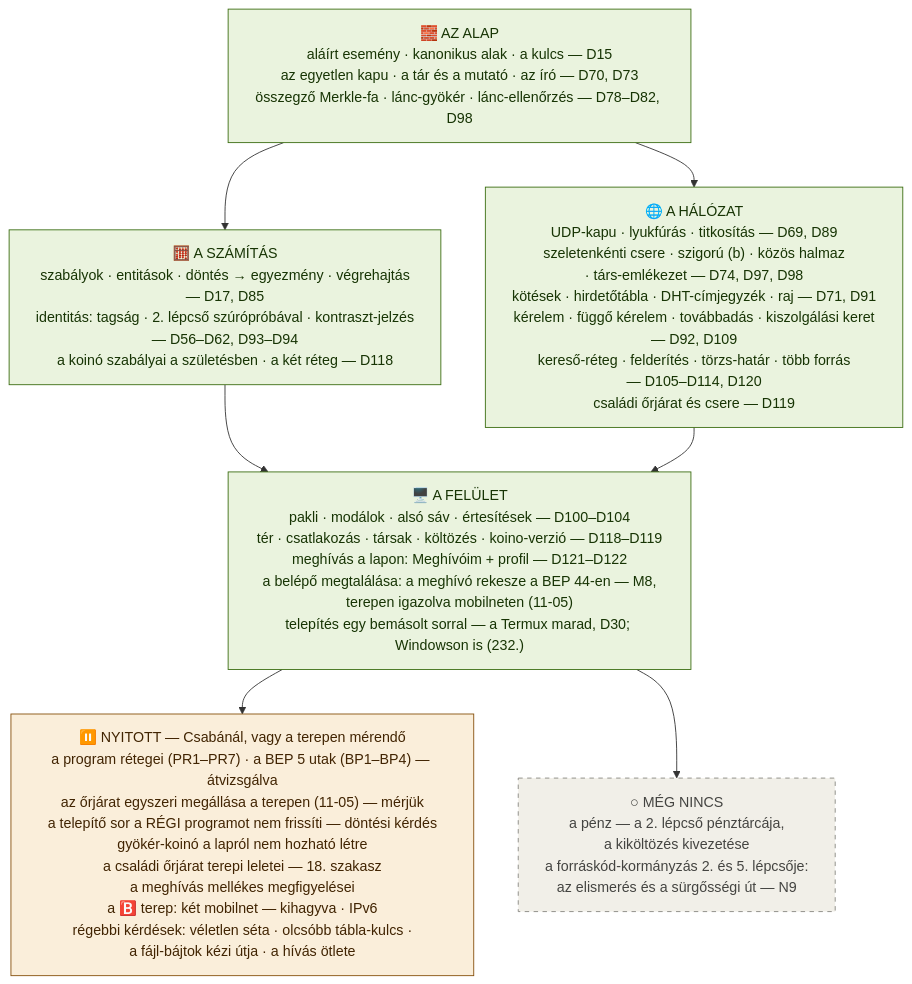
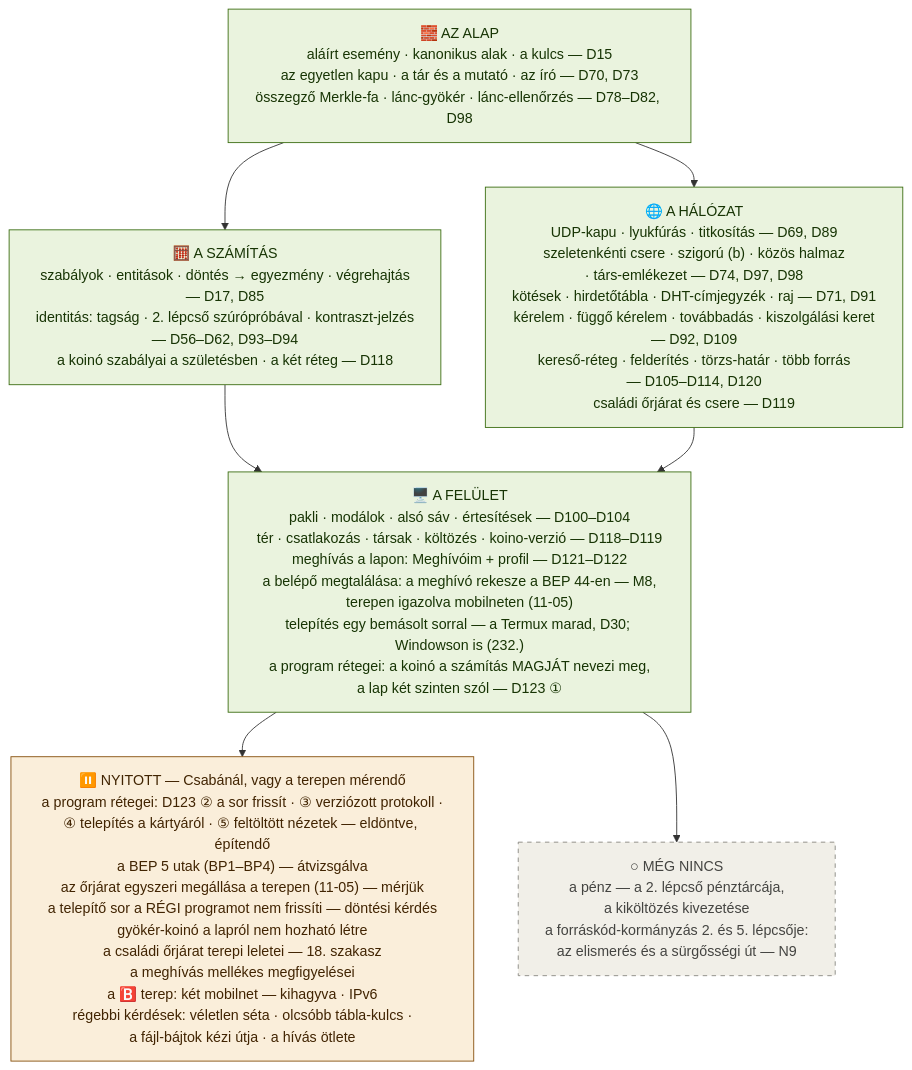
The eighth of 8 diagrams in docs/folyamatabra.md (Biszt/koino_1.1), drawn with Mermaid before and after one commit. The commit also changed other lines of this file and 16 other files, not shown here.

First line of the commit message:
D123 ①: a koinó a számítás MAGJÁT nevezi meg, és a lap két szinten szól (PR1–PR3)

````diff
--- a/docs/folyamatabra.md
+++ b/docs/folyamatabra.md
@@ -374,23 +374,23 @@
 ```mermaid
 %%{init: {"flowchart": {"wrappingWidth": 460}}}%%
 flowchart TB
     ALAP["🧱 AZ ALAP<br/>aláírt esemény · kanonikus alak · a kulcs — D15<br/>az egyetlen kapu · a tár és a mutató · az író — D70, D73<br/>összegző Merkle-fa · lánc-gyökér · lánc-ellenőrzés — D78–D82, D98"]
     SZAM["🧮 A SZÁMÍTÁS<br/>szabályok · entitások · döntés → egyezmény · végrehajtás<br/>— D17, D85<br/>identitás: tagság · 2. lépcső szúrópróbával · kontraszt-jelzés<br/>— D56–D62, D93–D94<br/>a koinó szabályai a születésben · a két réteg — D118"]
     HAL["🌐 A HÁLÓZAT<br/>UDP-kapu · lyukfúrás · titkosítás — D69, D89<br/>szeletenkénti csere · szigorú (b) · közös halmaz<br/>· társ-emlékezet — D74, D97, D98<br/>kötések · hirdetőtábla · DHT-címjegyzék · raj — D71, D91<br/>kérelem · függő kérelem · továbbadás · kiszolgálási keret<br/>— D92, D109<br/>kereső-réteg · felderítés · törzs-határ · több forrás<br/>— D105–D114, D120<br/>családi őrjárat és csere — D119"]
-    FEL["🖥️ A FELÜLET<br/>pakli · modálok · alsó sáv · értesítések — D100–D104<br/>tér · csatlakozás · társak · költözés · koino-verzió — D118–D119<br/>meghívás a lapon: Meghívóim + profil — D121–D122<br/>a belépő megtalálása: a meghívó rekesze a BEP 44-en — M8,<br/>terepen igazolva mobilneten (11-05)<br/>telepítés egy bemásolt sorral — a Termux marad, D30; Windowson is (232.)"]
-    NY["⏸️ NYITOTT — Csabánál, vagy a terepen mérendő<br/>a program rétegei (PR1–PR7) · a BEP 5 utak (BP1–BP4) — átvizsgálva<br/>az őrjárat egyszeri megállása a terepen (11-05) — mérjük<br/>a telepítő sor a RÉGI programot nem frissíti — döntési kérdés<br/>gyökér-koinó a lapról nem hozható létre<br/>a családi őrjárat terepi leletei — 18. szakasz<br/>a meghívás mellékes megfigyelései<br/>a 🅱️ terep: két mobilnet — kihagyva · IPv6<br/>régebbi kérdések: véletlen séta · olcsóbb tábla-kulcs ·<br/>a fájl-bájtok kézi útja · a hívás ötlete"]
+    FEL["🖥️ A FELÜLET<br/>pakli · modálok · alsó sáv · értesítések — D100–D104<br/>tér · csatlakozás · társak · költözés · koino-verzió — D118–D119<br/>meghívás a lapon: Meghívóim + profil — D121–D122<br/>a belépő megtalálása: a meghívó rekesze a BEP 44-en — M8,<br/>terepen igazolva mobilneten (11-05)<br/>telepítés egy bemásolt sorral — a Termux marad, D30; Windowson is (232.)<br/>a program rétegei: a koinó a számítás MAGJÁT nevezi meg,<br/>a lap két szinten szól — D123 ①"]
+    NY["⏸️ NYITOTT — Csabánál, vagy a terepen mérendő<br/>a program rétegei: D123 ② a sor frissít · ③ verziózott protokoll ·<br/>④ telepítés a kártyáról · ⑤ feltöltött nézetek — eldöntve, építendő<br/>a BEP 5 utak (BP1–BP4) — átvizsgálva<br/>az őrjárat egyszeri megállása a terepen (11-05) — mérjük<br/>a telepítő sor a RÉGI programot nem frissíti — döntési kérdés<br/>gyökér-koinó a lapról nem hozható létre<br/>a családi őrjárat terepi leletei — 18. szakasz<br/>a meghívás mellékes megfigyelései<br/>a 🅱️ terep: két mobilnet — kihagyva · IPv6<br/>régebbi kérdések: véletlen séta · olcsóbb tábla-kulcs ·<br/>a fájl-bájtok kézi útja · a hívás ötlete"]
     NI["○ MÉG NINCS<br/>a pénz — a 2. lépcső pénztárcája,<br/>a kiköltözés kivezetése<br/>a forráskód-kormányzás 2. és 5. lépcsője:<br/>az elismerés és a sürgősségi út — N9"]
     ALAP --> SZAM
     ALAP --> HAL
     SZAM --> FEL
     HAL --> FEL
     FEL --> NY
     FEL --> NI
 
     classDef kesz fill:#EAF3DE,stroke:#3B6D11,color:#173404
     classDef nyitott fill:#FAEEDA,stroke:#854F0B,color:#412402
     classDef nincs fill:#F1EFE8,stroke:#888780,color:#444441,stroke-dasharray:5 5
     class ALAP,SZAM,HAL,FEL kesz
     class NY nyitott
     class NI nincs
 ```
````
